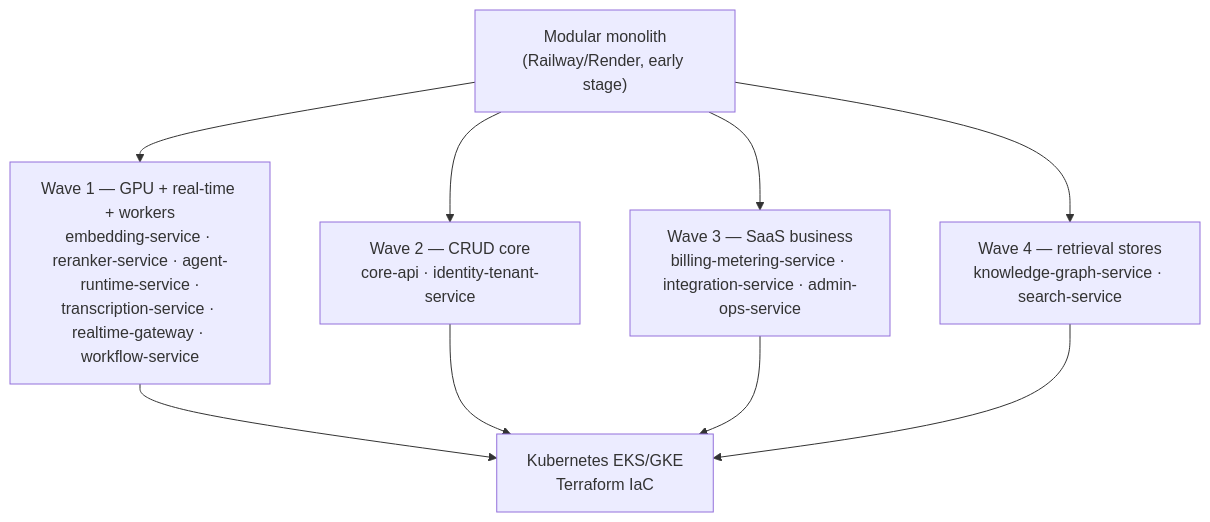
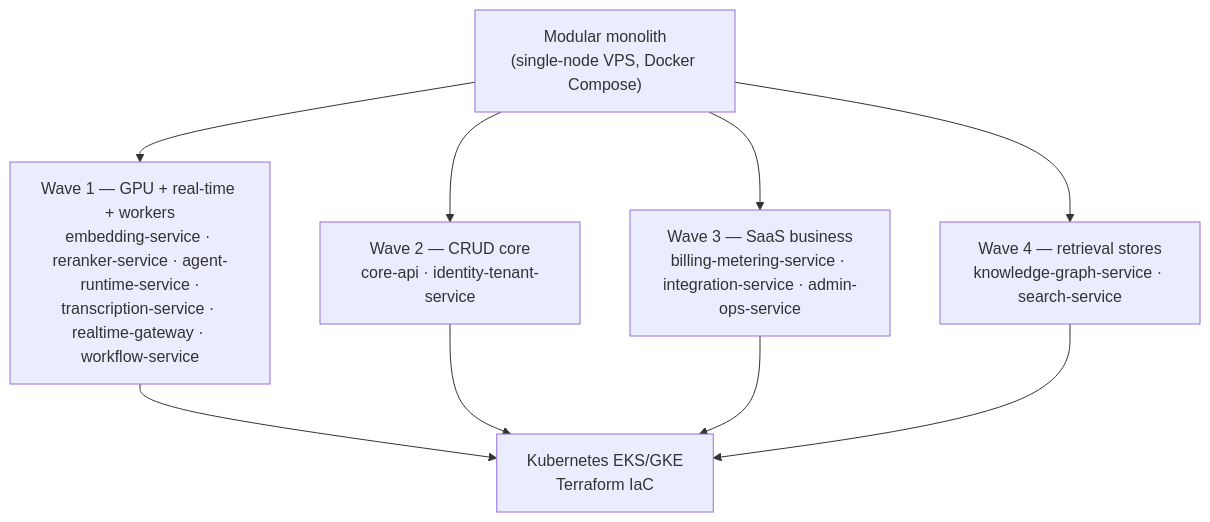
Before and after one commit to Mytheus-AI/mytheus-docs: the seventh of 8 diagrams in 16-deployment-and-infrastructure.md, drawn with Mermaid. The commit also changed other lines of this file and 8 other files, not shown here.

````diff
--- a/16-deployment-and-infrastructure.md
+++ b/16-deployment-and-infrastructure.md
@@ -381,9 +381,9 @@
 ```mermaid
 flowchart TB
-  M["Modular monolith<br/>(Railway/Render, early stage)"]
+  M["Modular monolith<br/>(single-node VPS, Docker Compose)"]
   M --> W1["Wave 1 — GPU + real-time + workers<br/>embedding-service · reranker-service · agent-runtime-service ·<br/>transcription-service · realtime-gateway · workflow-service"]
   M --> W2["Wave 2 — CRUD core<br/>core-api · identity-tenant-service"]
   M --> W3["Wave 3 — SaaS business<br/>billing-metering-service · integration-service · admin-ops-service"]
   M --> W4["Wave 4 — retrieval stores<br/>knowledge-graph-service · search-service"]
   W1 & W2 & W3 & W4 --> K["Kubernetes EKS/GKE<br/>Terraform IaC"]
 ```
````
